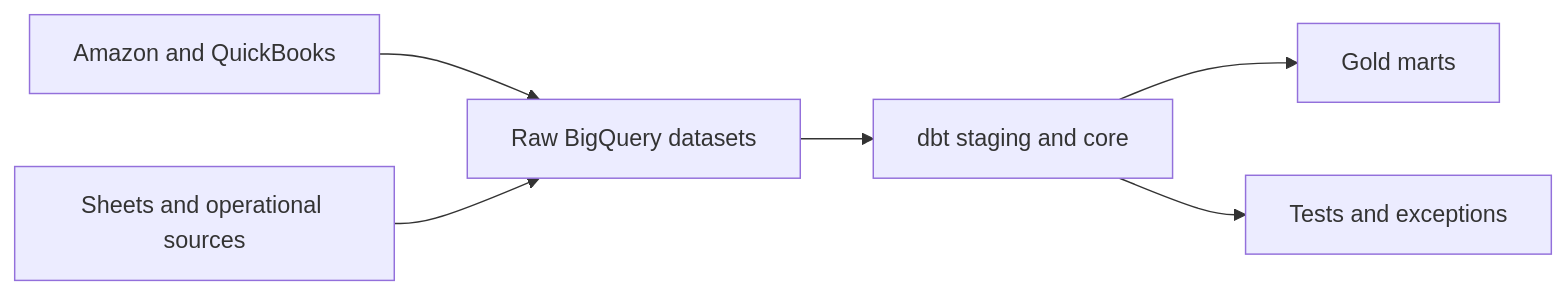
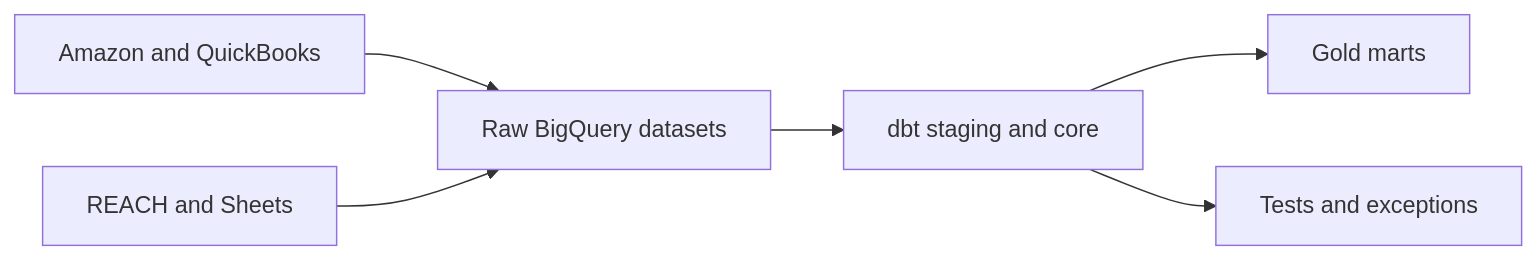
Before and after one commit to rubenatello/luminize-assessment: the diagram in docs/data_model.md, drawn with Mermaid. The commit also changed other lines of this file and 4 other files, not shown here.

````diff
--- a/docs/data_model.md
+++ b/docs/data_model.md
@@ -15,8 +15,8 @@
 ```mermaid
 flowchart LR
     A["Amazon and QuickBooks"] --> R["Raw BigQuery datasets"]
-    B["Sheets and operational sources"] --> R
+    B["REACH and Sheets"] --> R
     R --> S["dbt staging and core"]
     S --> M["Gold marts"]
     S --> Q["Tests and exceptions"]
 ```
````
